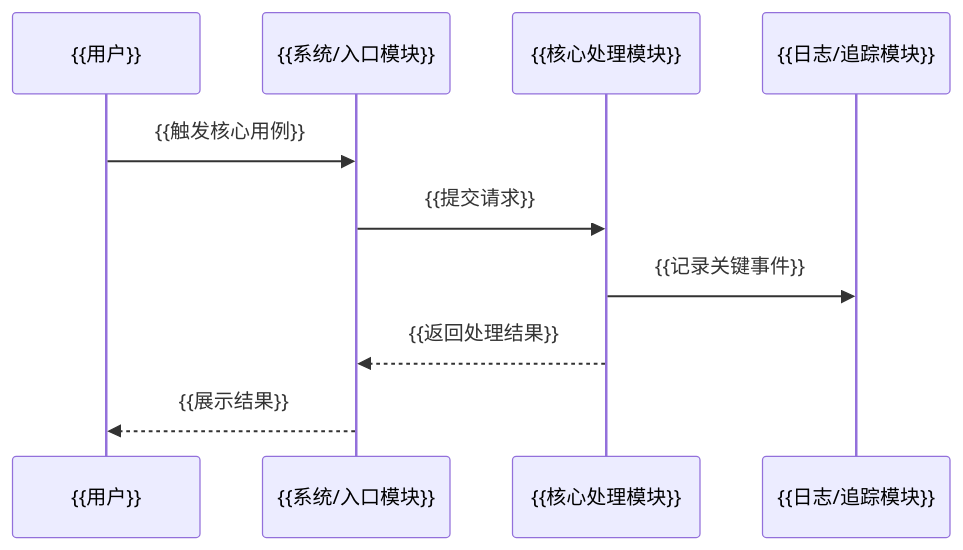
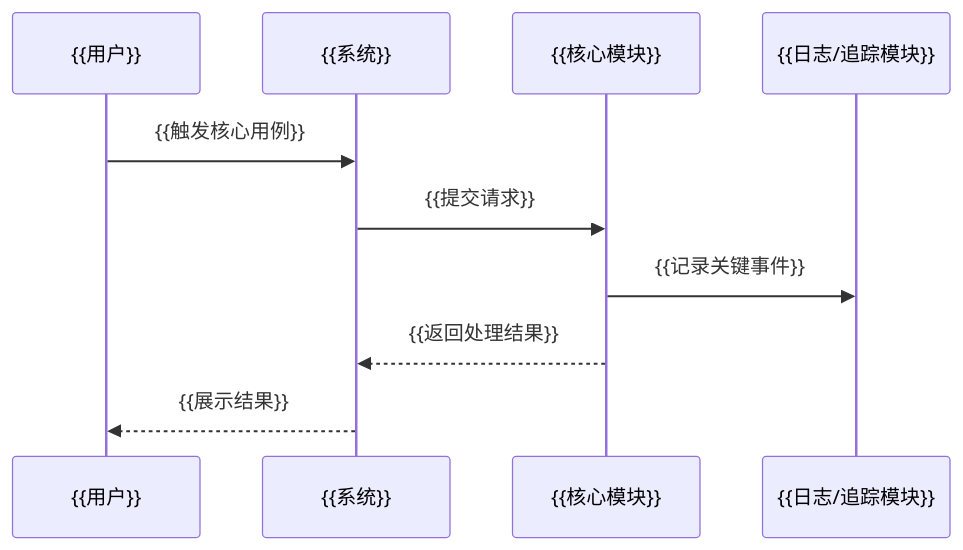
Before and after one commit to RIVERS0FT/huawei-tr-doc-skill: the second of 2 diagrams in templates/tr-all.md, drawn with Mermaid. The commit also changed other lines of this file, not shown here.

````diff
--- a/templates/tr-all.md
+++ b/templates/tr-all.md
@@ -135,12 +75,12 @@
 ```mermaid
 sequenceDiagram
   participant U as {{用户}}
-  participant S as {{系统/入口模块}}
-  participant M as {{核心处理模块}}
+  participant S as {{系统}}
+  participant M as {{核心模块}}
   participant L as {{日志/追踪模块}}
   U->>S: {{触发核心用例}}
   S->>M: {{提交请求}}
   M->>L: {{记录关键事件}}
   M-->>S: {{返回处理结果}}
   S-->>U: {{展示结果}}
 ```
````
